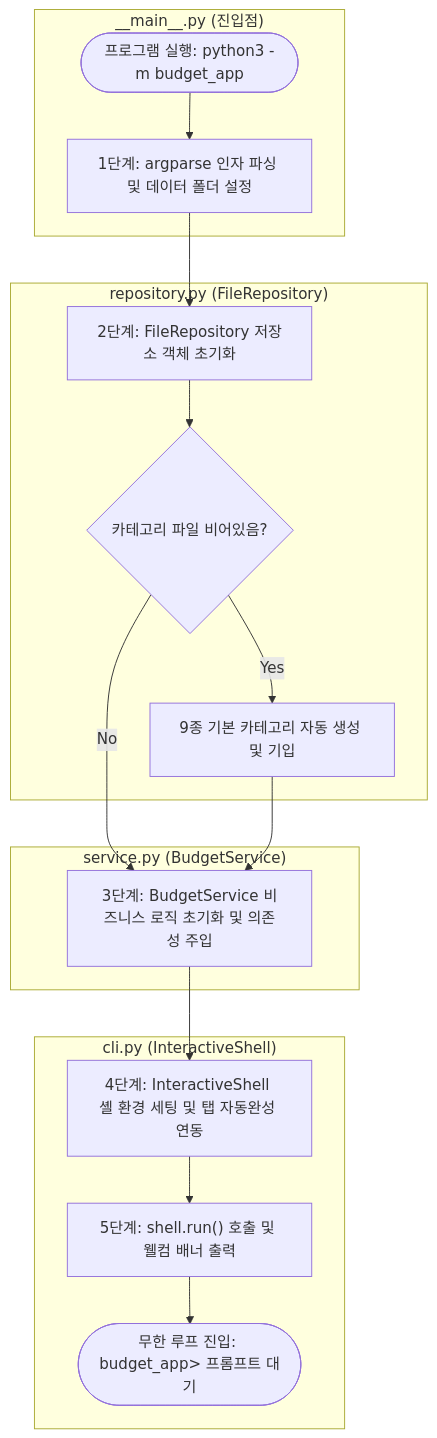
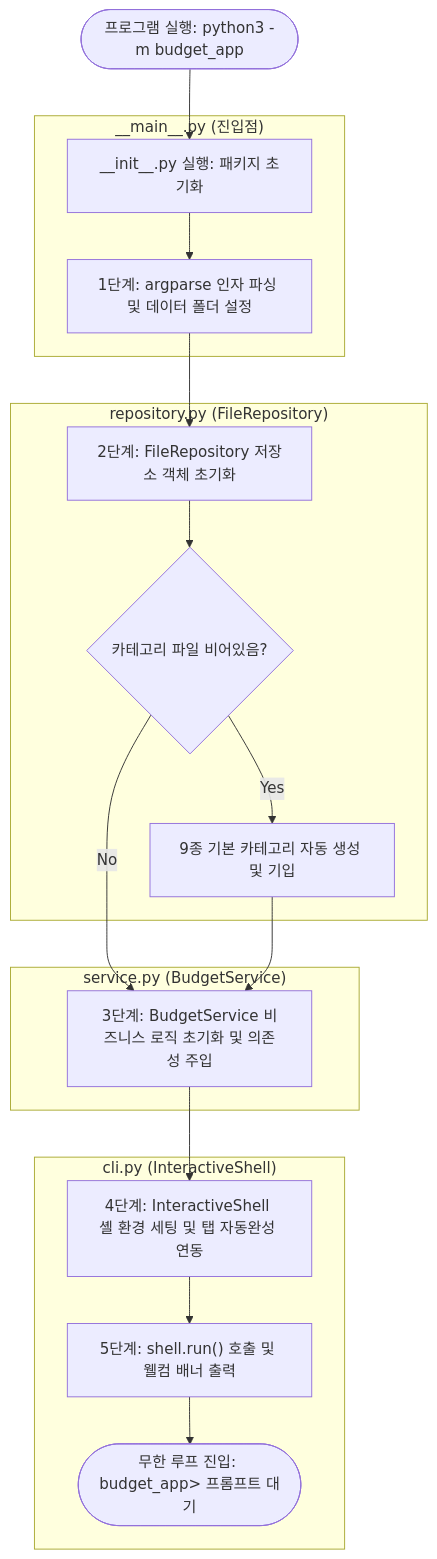
One commit to ntt65/codyssey changed the second of 6 diagrams in b2_1/README.md. Above: the diagram before and after it, drawn with Mermaid. The commit also changed other lines of this file, not shown here.

Commit message:
b2_1:README.md>>__init__.py 실행 순서 설명 추가 및 클래스 다이어그램 업데이트

````diff
--- a/b2_1/README.md
+++ b/b2_1/README.md
@@ -279,24 +323,26 @@
 ```mermaid
 %%{init: {'themeVariables': { 'fontSize': '16px' }}}%%
 flowchart TD
+    Start([프로그램 실행: python3 -m budget_app]) --> Init[__init__.py 실행: 패키지 초기화]
+    
     subgraph Main ["__main__.py (진입점)"]
-        Start([프로그램 실행: python3 -m budget_app]) --> Step1[1단계: argparse 인자 파싱 및 데이터 폴더 설정]
+        Init --> Step1[1단계: argparse 인자 파싱 및 데이터 폴더 설정]
     end
     
     subgraph Repo ["repository.py (FileRepository)"]
         Step1 --> Step2_1[2단계: FileRepository 저장소 객체 초기화]
         Step2_1 --> Step2_2{카테고리 파일 비어있음?}
         Step2_2 -- Yes --> Step2_3[9종 기본 카테고리 자동 생성 및 기입]
     end
     
     subgraph Service ["service.py (BudgetService)"]
         Step2_2 -- No --> Step3[3단계: BudgetService 비즈니스 로직 초기화 및 의존성 주입]
         Step2_3 --> Step3
     end
     
     subgraph CLI ["cli.py (InteractiveShell)"]
         Step3 --> Step4[4단계: InteractiveShell 셸 환경 세팅 및 탭 자동완성 연동]
         Step4 --> Step5["5단계: shell.run() 호출 및 웰컴 배너 출력"]
         Step5 --> Prompt(["무한 루프 진입: budget_app> 프롬프트 대기"])
     end
 ```
````
